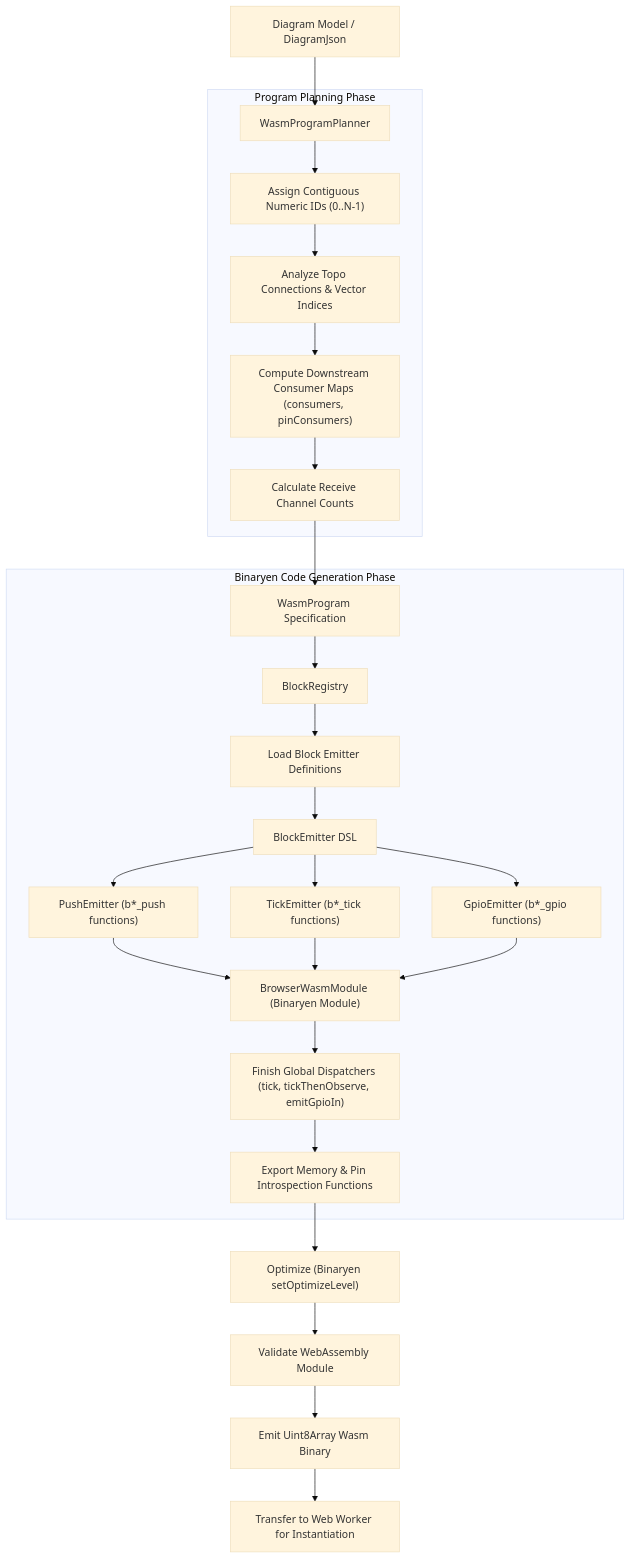
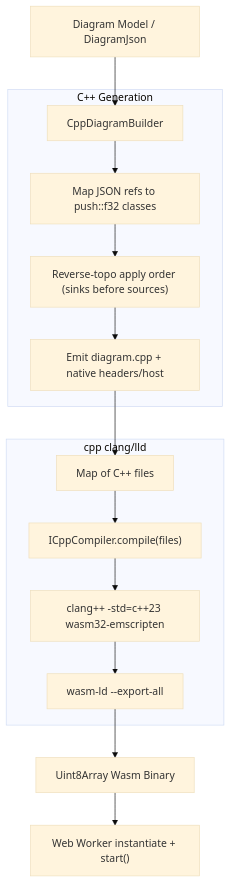
The second of 5 diagrams in README.md (dzmauchy/bld), drawn with Mermaid (base theme) before and after one commit. The commit also changed other lines of this file and 75 other files, not shown here.

First line of the commit message:
Replace Binaryen wasm codegen with a C++ diagram builder

````diff
--- a/README.md
+++ b/README.md
@@ -165,32 +168,21 @@
 ```mermaid
 flowchart TD
-    A["Diagram Model / DiagramJson"] --> B["WasmProgramPlanner"]
+    A["Diagram Model / DiagramJson"] --> B["CppDiagramBuilder"]
     
-    subgraph Planning["Program Planning Phase"]
-        B --> B1["Assign Contiguous Numeric IDs (0..N-1)"]
-        B1 --> B2["Analyze Topo Connections & Vector Indices"]
-        B2 --> B3["Compute Downstream Consumer Maps (consumers, pinConsumers)"]
-        B3 --> B4["Calculate Receive Channel Counts"]
+    subgraph Emit["C++ Generation"]
+        B --> B1["Map JSON refs to push::f32 classes"]
+        B1 --> B2["Reverse-topo apply order (sinks before sources)"]
+        B2 --> B3["Emit diagram.cpp + native headers/host"]
     end
     
-    B4 --> C["WasmProgram Specification"]
+    B3 --> C["Map of C++ files"]
     
-    subgraph CodeGen["Binaryen Code Generation Phase"]
-        C --> D["BlockRegistry"]
-        D --> E["Load Block Emitter Definitions"]
-        E --> F["BlockEmitter DSL"]
-        
-        F --> F1["PushEmitter (b*_push functions)"]
-        F --> F2["TickEmitter (b*_tick functions)"]
-        F --> F3["GpioEmitter (b*_gpio functions)"]
-        
-        F1 & F2 & F3 --> G["BrowserWasmModule (Binaryen Module)"]
-        G --> H["Finish Global Dispatchers (tick, tickThenObserve, emitGpioIn)"]
-        H --> I["Export Memory & Pin Introspection Functions"]
+    subgraph ClangLld["cpp clang/lld"]
+        C --> D["ICppCompiler.compile(files)"]
+        D --> E["clang++ -std=c++23 wasm32-emscripten"]
+        E --> F["wasm-ld --export-all"]
     end
     
-    I --> J["Optimize (Binaryen setOptimizeLevel)"]
-    J --> K["Validate WebAssembly Module"]
-    K --> L["Emit Uint8Array Wasm Binary"]
-    L --> M["Transfer to Web Worker for Instantiation"]
+    F --> G["Uint8Array Wasm Binary"]
+    G --> H["Web Worker instantiate + start()"]
 ```
````
